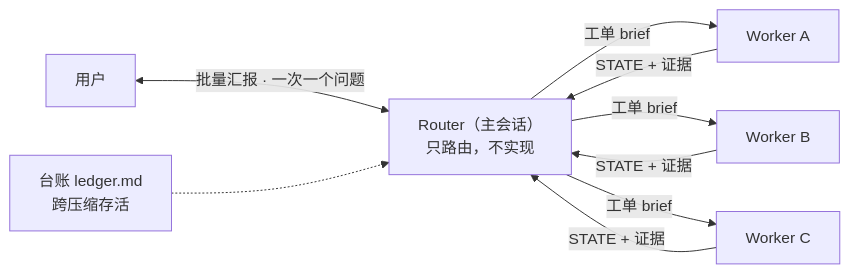
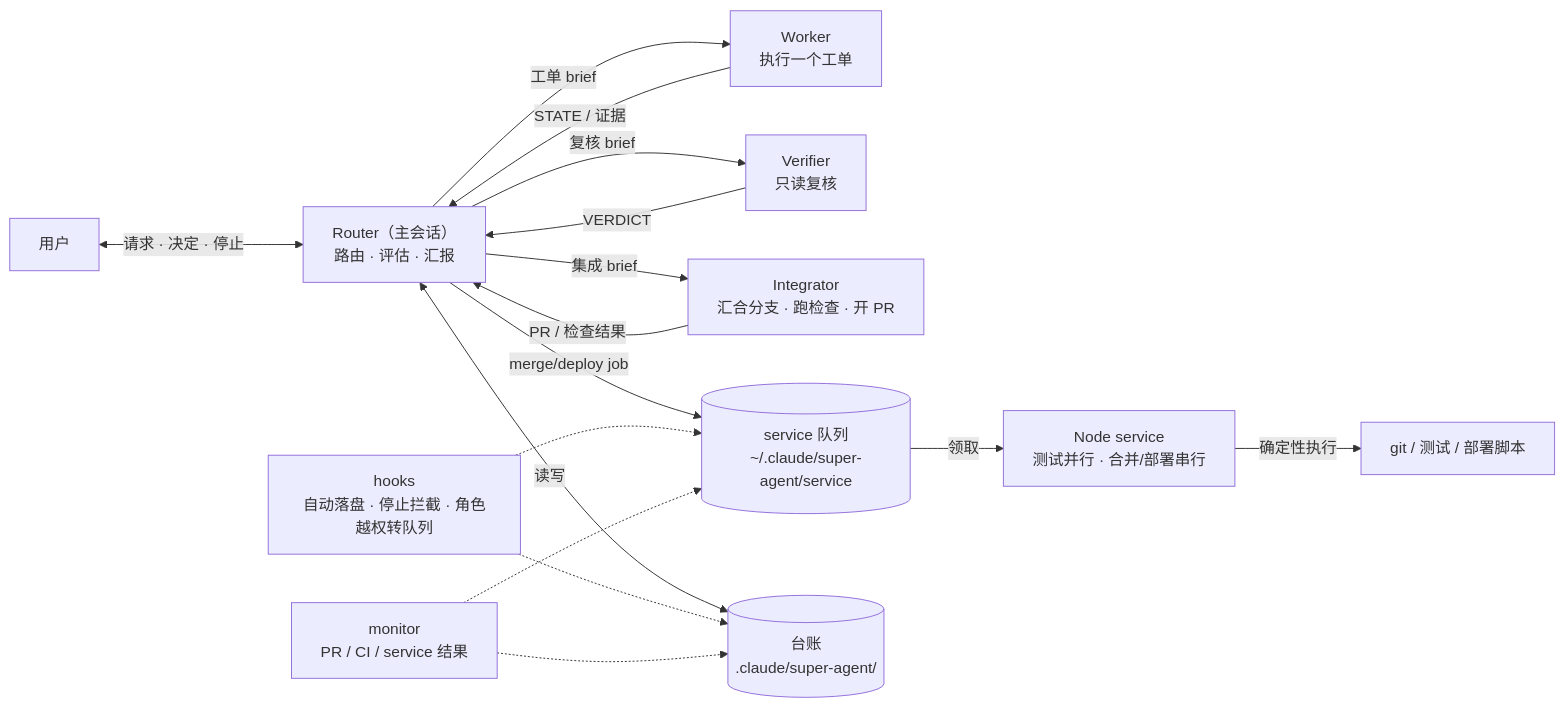
The diagram in README.md (systemime/csg), drawn with Mermaid before and after one commit. The commit also changed other lines of this file and 33 other files, not shown here.

First line of the commit message:
feat(service): add deterministic job queue and role agents

````diff
--- a/README.md
+++ b/README.md
@@ -5,9 +5,18 @@
 ```mermaid
 flowchart LR
-    U["用户"] <-->|"批量汇报 · 一次一个问题"| R["Router（主会话）<br/>只路由，不实现"]
-    R -->|"工单 brief"| W1["Worker A"]
-    R -->|"工单 brief"| W2["Worker B"]
-    R -->|"工单 brief"| W3["Worker C"]
-    W1 & W2 & W3 -->|"STATE + 证据"| R
-    L["台账 ledger.md<br/>跨压缩存活"] -.-> R
+    U["用户"] <-->|"请求 · 决定 · 停止"| R["Router（主会话）<br/>路由 · 评估 · 汇报"]
+    R -->|"工单 brief"| W["Worker<br/>执行一个工单"]
+    R -->|"复核 brief"| V["Verifier<br/>只读复核"]
+    R -->|"集成 brief"| I["Integrator<br/>汇合分支 · 跑检查 · 开 PR"]
+    R -->|"merge/deploy job"| Q[("service 队列<br/>~/.claude/super-agent/service")]
+    Q -->|"领取"| S["Node service<br/>测试并行 · 合并/部署串行"]
+    S -->|"确定性执行"| G["git / 测试 / 部署脚本"]
+    W -->|"STATE / 证据"| R
+    V -->|"VERDICT"| R
+    I -->|"PR / 检查结果"| R
+    R <-->|"读写"| L[("台账<br/>.claude/super-agent/")]
+    H["hooks<br/>自动落盘 · 停止拦截 · 角色越权转队列"] -.-> L
+    H -.-> Q
+    M["monitor<br/>PR / CI / service 结果"] -.-> L
+    M -.-> Q
 ```
````
